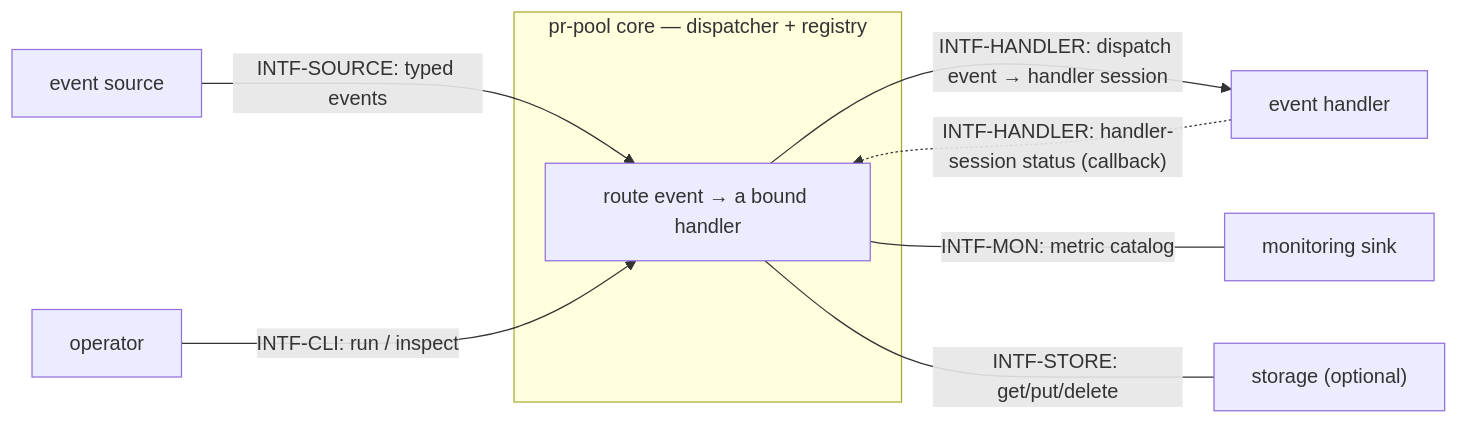
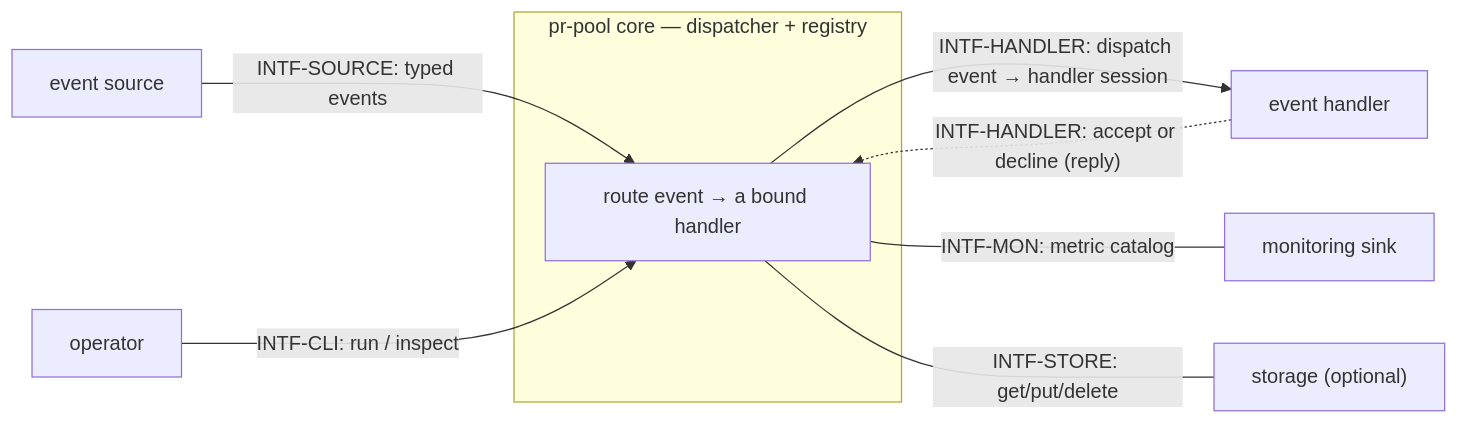
The first of 8 diagrams in packages/pr-pool/docs/behavior/interfaces.md (phillipgreenii/nix-agent-support), drawn with Mermaid before and after one commit. The commit also changed other lines of this file and 5 other files, not shown here.

````diff
--- a/packages/pr-pool/docs/behavior/interfaces.md
+++ b/packages/pr-pool/docs/behavior/interfaces.md
@@ -26,12 +26,12 @@
 ```mermaid
 flowchart LR
     subgraph core["pr-pool core — dispatcher + registry"]
       C["route event → a bound handler"]
     end
     SRC["event source"] -- "INTF-SOURCE: typed events" --> C
     C -- "INTF-HANDLER: dispatch event → handler session" --> HDL["event handler"]
-    HDL -. "INTF-HANDLER: handler-session status (callback)" .-> C
+    HDL -. "INTF-HANDLER: accept or decline (reply)" .-> C
     C -- "INTF-MON: metric catalog" --- MON["monitoring sink"]
     C -- "INTF-STORE: get/put/delete" --- STO["storage (optional)"]
     OP["operator"] -- "INTF-CLI: run / inspect" --> C
 ```
````
